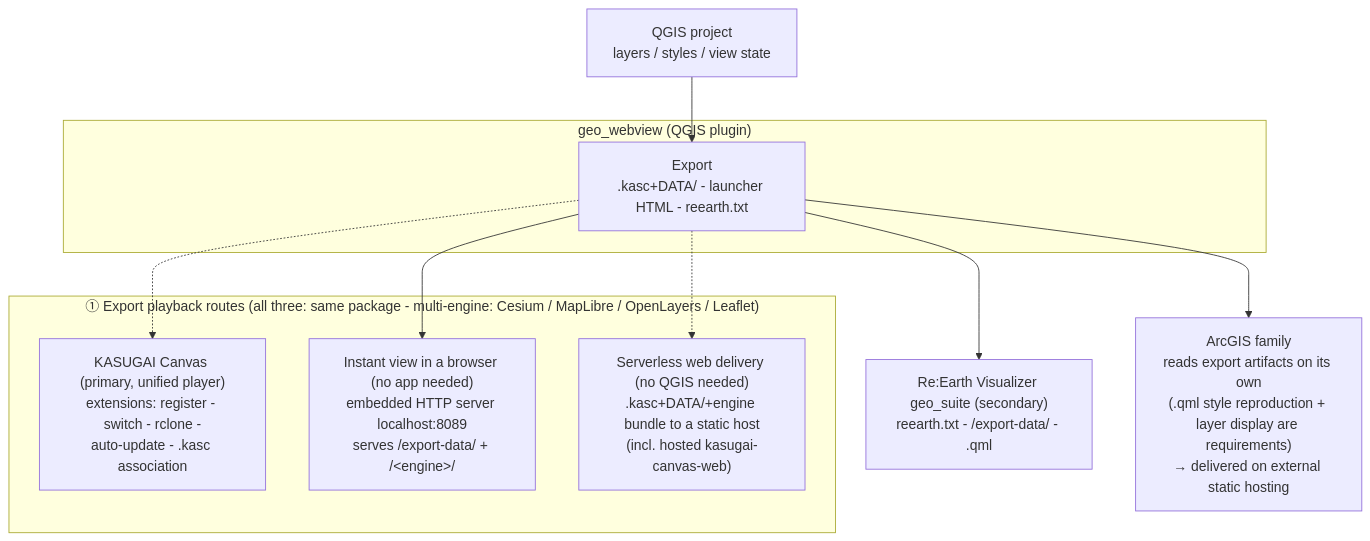
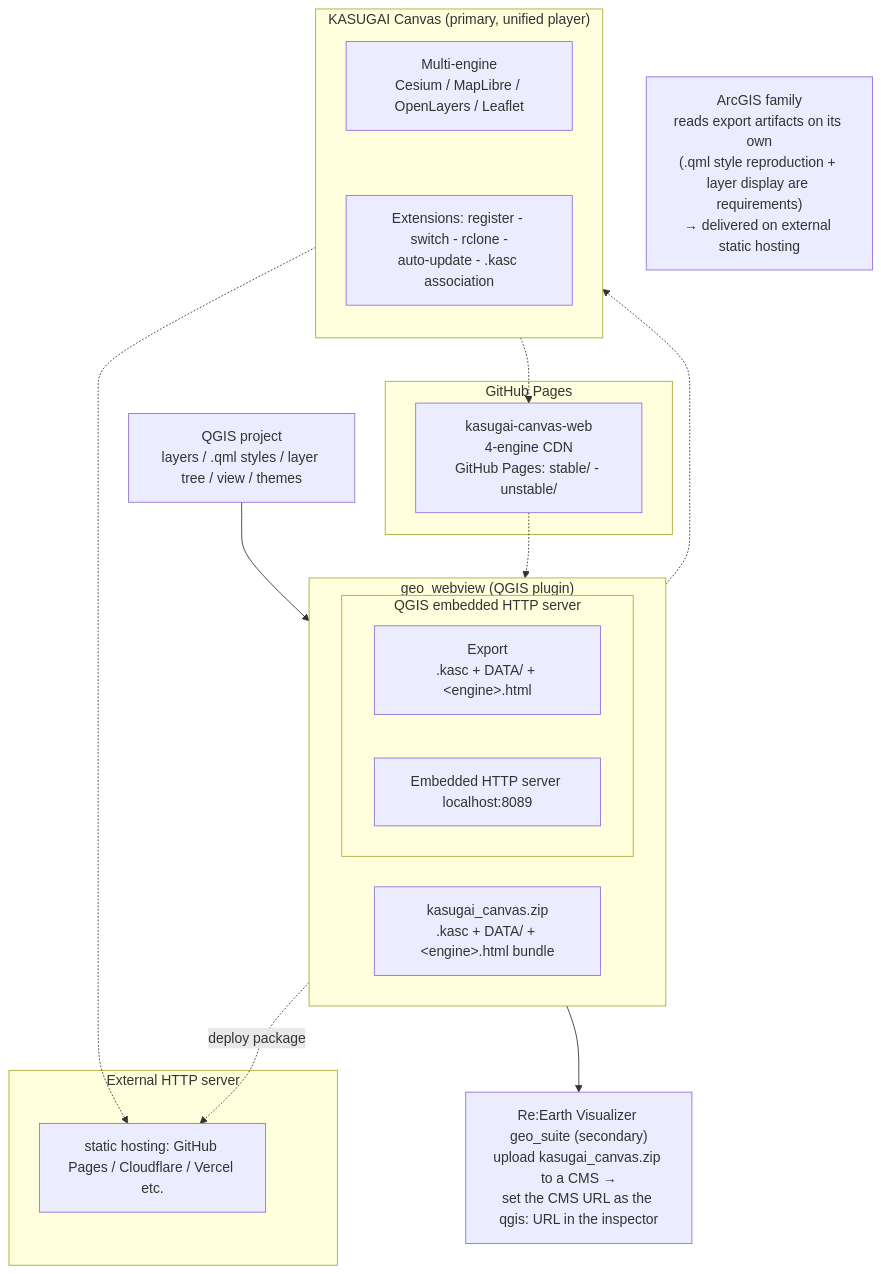
One commit to yamamoto-ryuzo/qgis_live_harness changed the diagram in qgis-plugin/geo_webview/README.md. Above: the diagram before and after it, drawn with Mermaid. The commit also changed other lines of this file and 3 other files, not shown here.

First line of the commit message:
geo_webview: README連携構成図を概要へ移動＋実態どおり再構成(3.31.1)

````diff
--- a/qgis-plugin/geo_webview/README.md
+++ b/qgis-plugin/geo_webview/README.md
@@ -143,24 +42,37 @@
 ```mermaid
 flowchart TB
-    QGIS["QGIS project<br>layers / styles / view state"]
+    QGIS["QGIS project<br>layers / .qml styles / layer tree / view / themes"]
 
     subgraph GWBOX["geo_webview (QGIS plugin)"]
-        GW["Export<br>.kasc+DATA/ - launcher HTML - reearth.txt"]
+        direction LR
+        subgraph FNC["QGIS embedded HTTP server"]
+            GW["Export<br>.kasc + DATA/ + &lt;engine&gt;.html"]
+            SRV["Embedded HTTP server localhost:8089"]
+        end
+        ZIP["kasugai_canvas.zip<br>.kasc + DATA/ + &lt;engine&gt;.html bundle"]
     end
 
-    subgraph PLAY["① Export playback routes (all three: same package - multi-engine: Cesium / MapLibre / OpenLayers / Leaflet)"]
-        KC["KASUGAI Canvas (primary, unified player)<br>extensions: register - switch - rclone -<br>auto-update - .kasc association"]
-        BR["Instant view in a browser (no app needed)<br>embedded HTTP server localhost:8089<br>serves /export-data/ + /&lt;engine&gt;/"]
-        HOST["Serverless web delivery (no QGIS needed)<br>.kasc+DATA/+engine bundle to a static host<br>(incl. hosted kasugai-canvas-web)"]
+    subgraph KCBOX["KASUGAI Canvas (primary, unified player)"]
+        direction TB
+        ENG["Multi-engine<br>Cesium / MapLibre / OpenLayers / Leaflet"]
+        KCF["Extensions: register - switch - rclone -<br>auto-update - .kasc association"]
+        ENG ~~~ KCF
     end
+    subgraph WEBBOX["External HTTP server"]
+        WEB["static hosting: GitHub Pages / Cloudflare / Vercel etc."]
+    end
+    subgraph GHBOX["GitHub Pages"]
+        CDN["kasugai-canvas-web<br>4-engine CDN<br>GitHub Pages: stable/ - unstable/"]
+    end
+    RE["Re:Earth Visualizer geo_suite (secondary)<br>upload kasugai_canvas.zip to a CMS →<br>set the CMS URL as the qgis: URL in the inspector"]
 
-    RE["Re:Earth Visualizer geo_suite (secondary)<br>reearth.txt - /export-data/ - .qml"]
     AG["ArcGIS family<br>reads export artifacts on its own<br>(.qml style reproduction + layer display are requirements)<br>→ delivered on external static hosting"]
 
-    QGIS --> GW
-    GW -.-> KC
-    GW --> BR
-    GW -.-> HOST
-    GW --> RE
-    GW --> AG
+    QGIS --> GWBOX
+    GW -.-> KCBOX
+    GW -.->|"deploy package"| WEB
+    ENG -.-> WEB
+    ENG -.-> CDN
+    CDN -.-> FNC
+    ZIP --> RE
 ```
````
